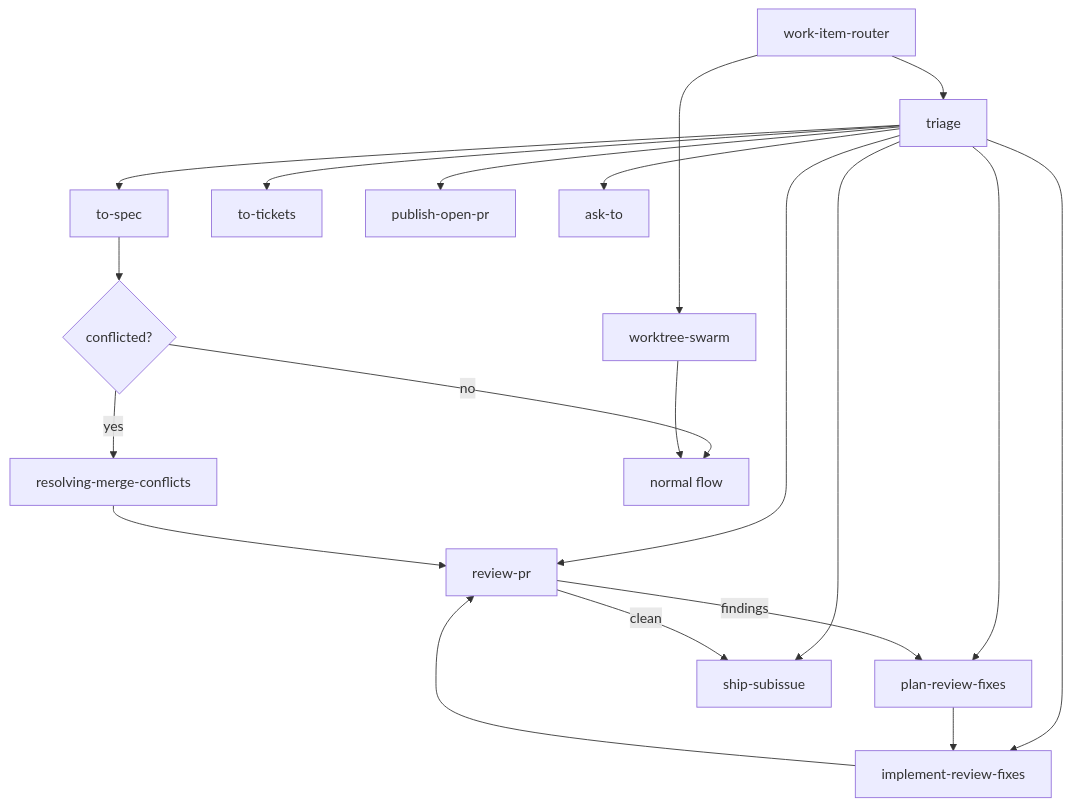
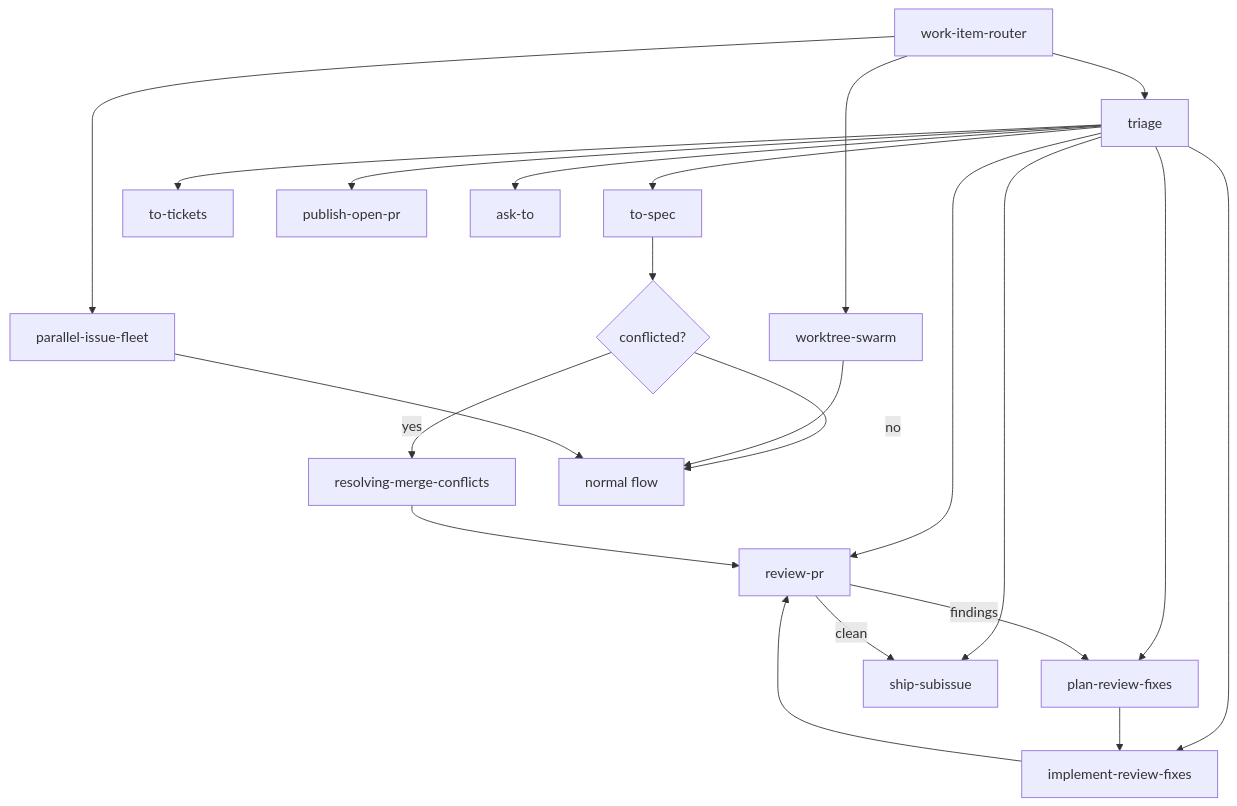
One commit to quantumquirkxyz/skills-quirk changed the diagram in docs/reference/agents/index.md. Above: the diagram before and after it, drawn with Mermaid. The commit also changed other lines of this file and 11 other files, not shown here.

````diff
--- a/docs/reference/agents/index.md
+++ b/docs/reference/agents/index.md
@@ -5,22 +5,24 @@
 ```mermaid
 flowchart TD
     A[work-item-router] --> B[triage]
     A --> N[worktree-swarm]
+    A --> P[parallel-issue-fleet]
     B --> C[to-spec]
     B --> D[to-tickets]
     B --> E[review-pr]
     B --> F[plan-review-fixes]
     B --> G[implement-review-fixes]
     B --> H[publish-open-pr]
     B --> I[ship-subissue]
     B --> J[ask-to]
     C --> K{conflicted?}
     K -->|yes| L[resolving-merge-conflicts]
     L --> E
     K -->|no| M[normal flow]
     E -->|findings| F
     F --> G
     G --> E
     E -->|clean| I
     N --> M
+    P --> M
 ```
````
